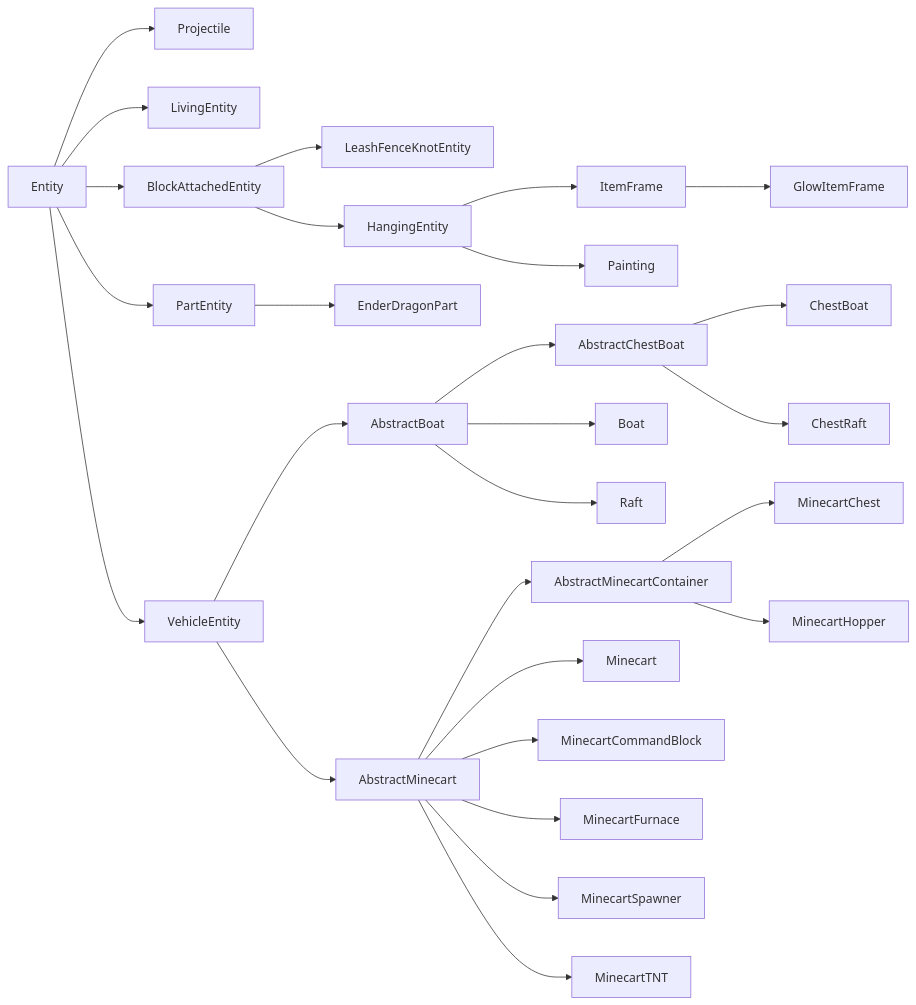
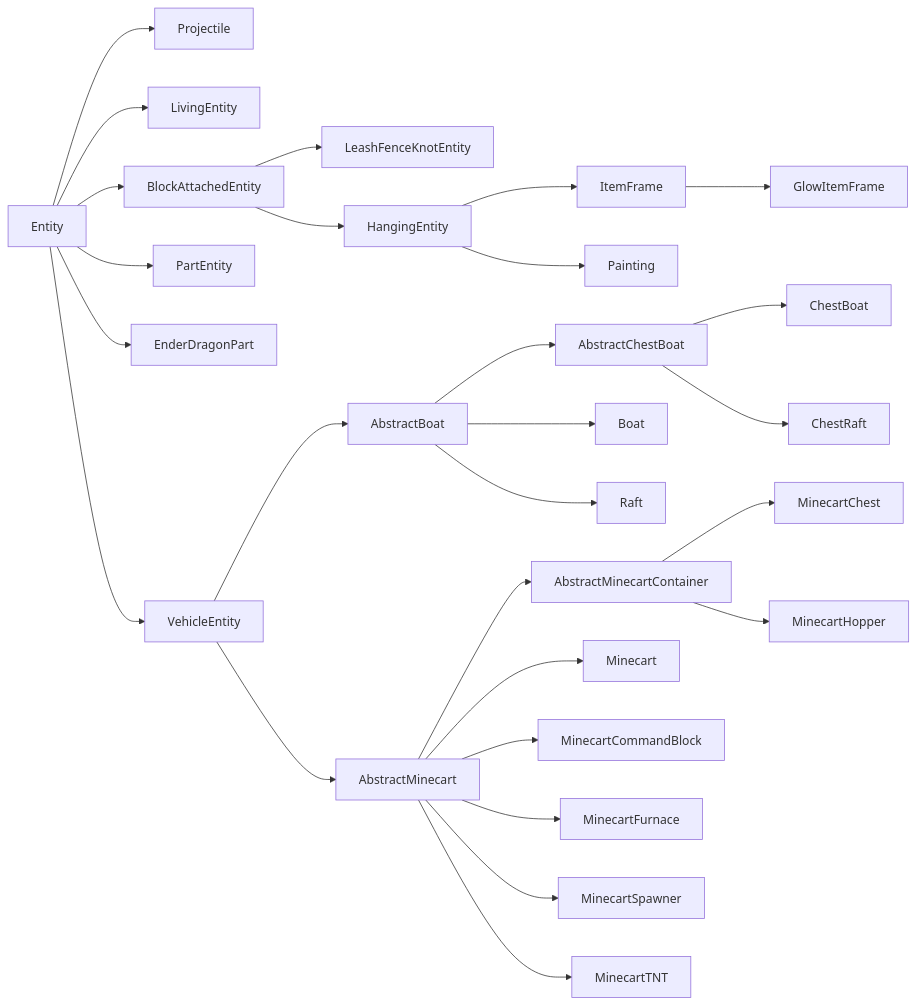
One commit to neoforged/Documentation changed the first of 2 diagrams in docs/entities/index.md. Above: the diagram before and after it, drawn with Mermaid. The commit also changed other lines of this file and 135 other files, not shown here.

````diff
--- a/docs/entities/index.md
+++ b/docs/entities/index.md
@@ -327,32 +327,32 @@
 ```mermaid
 graph LR;
     Entity-->Projectile;
     Entity-->LivingEntity;
     Entity-->BlockAttachedEntity;
     BlockAttachedEntity-->LeashFenceKnotEntity;
     BlockAttachedEntity-->HangingEntity;
     HangingEntity-->ItemFrame;
     ItemFrame-->GlowItemFrame;
     HangingEntity-->Painting;
     Entity-->PartEntity;
-    PartEntity-->EnderDragonPart;
+    Entity-->EnderDragonPart;
     Entity-->VehicleEntity;
     VehicleEntity-->AbstractBoat;
     AbstractBoat-->AbstractChestBoat;
     AbstractChestBoat-->ChestBoat;
     AbstractChestBoat-->ChestRaft;
     AbstractBoat-->Boat;
     AbstractBoat-->Raft;
     VehicleEntity-->AbstractMinecart;
     AbstractMinecart-->AbstractMinecartContainer;
     AbstractMinecartContainer-->MinecartChest;
     AbstractMinecartContainer-->MinecartHopper;
     AbstractMinecart-->Minecart;
     AbstractMinecart-->MinecartCommandBlock;
     AbstractMinecart-->MinecartFurnace;
     AbstractMinecart-->MinecartSpawner;
     AbstractMinecart-->MinecartTNT;
     
     class Entity,Projectile,LivingEntity,BlockAttachedEntity,HangingEntity,PartEntity,VehicleEntity,AbstractBoat,AbstractChestBoat,AbstractMinecart,AbstractMinecartContainer red;
     class LeashFenceKnotEntity,ItemFrame,GlowItemFrame,Painting,EnderDragonPart,ChestBoat,ChestRaft,Boat,Raft,MinecartChest,MinecartHopper,Minecart,MinecartCommandBlock,MinecartCommandBlock,MinecartFurnace,MinecartSpawner,MinecartTNT blue;
 ```
````
